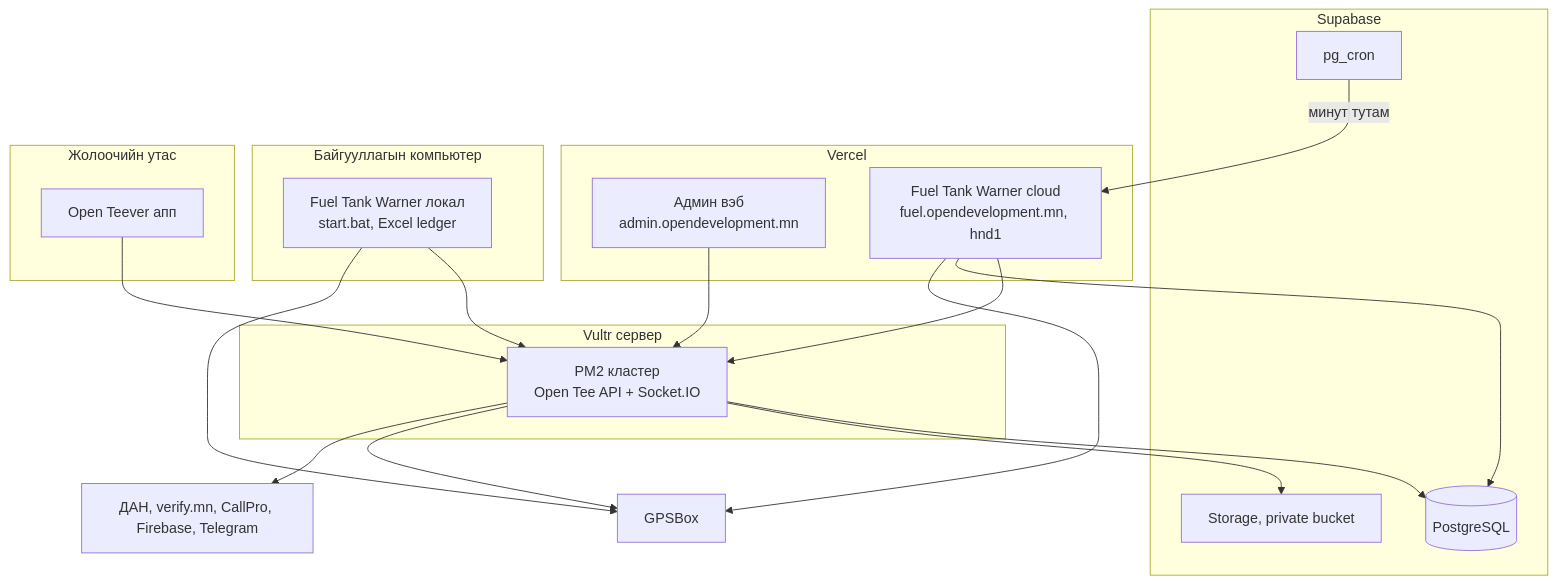
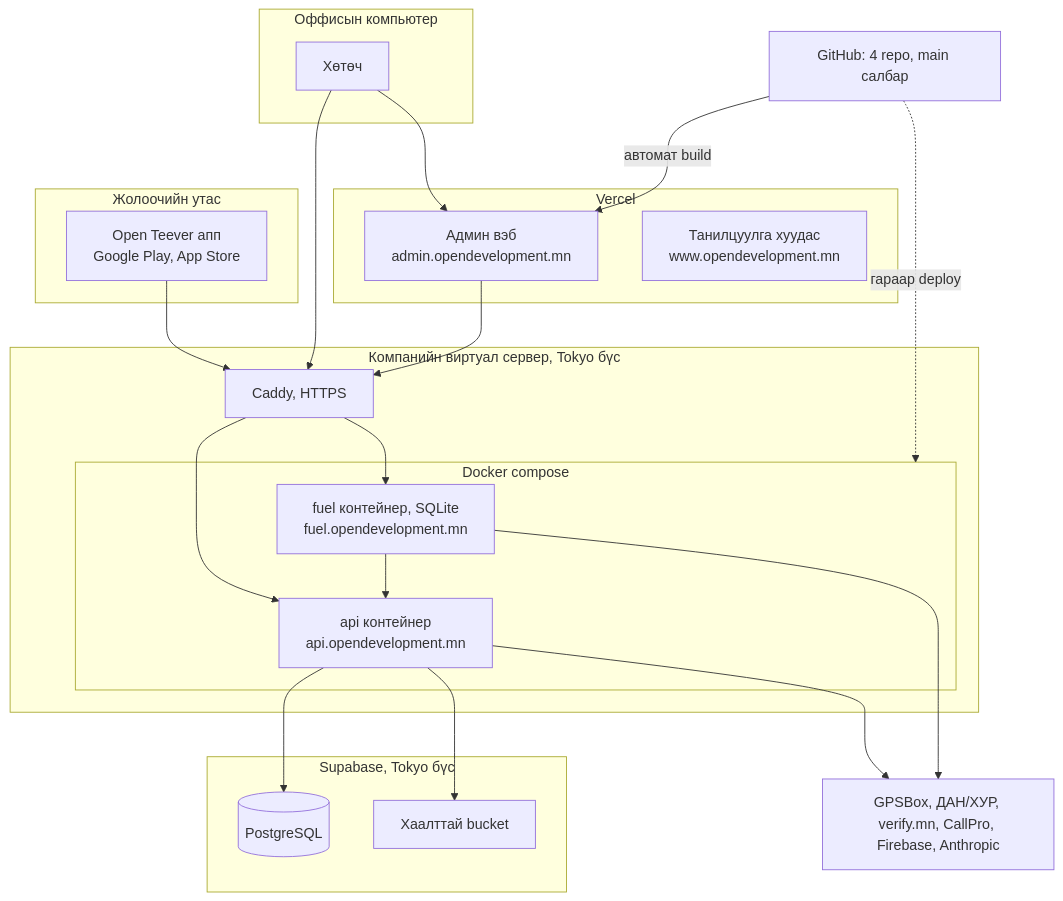
One commit to Asmodify/Open-Teever-Diploma changed the diagram in thesis/diagrams/deployment.mmd. Above: the diagram before and after it, drawn with Mermaid. The commit also changed 52 other files, not shown here.

```diff
--- a/thesis/diagrams/deployment.mmd
+++ b/thesis/diagrams/deployment.mmd
@@ -1,34 +1,38 @@
-%% D2 Deployment topology (chapter 3)
+%% D2 Deployment topology (chapter 3). From vault/02 System (API сервер ба өгөгдлийн сан, Системийн тойм).
 flowchart TB
-  subgraph vultr[Vultr сервер]
-    PM2[PM2 кластер<br/>Open Tee API + Socket.IO]
+  subgraph phones[Жолоочийн утас]
+    APP[Open Teever апп<br/>Google Play, App Store]
   end
-  subgraph supabase[Supabase]
-    PG[(PostgreSQL)]
-    ST[Storage, private bucket]
-    CRON[pg_cron]
+  subgraph office[Оффисын компьютер]
+    BR[Хөтөч]
   end
   subgraph vercel[Vercel]
     ADM[Админ вэб<br/>admin.opendevelopment.mn]
-    FTWC[Fuel Tank Warner cloud<br/>fuel.opendevelopment.mn, hnd1]
+    LAND[Танилцуулга хуудас<br/>www.opendevelopment.mn]
   end
-  subgraph office[Байгууллагын компьютер]
-    FTWL[Fuel Tank Warner локал<br/>start.bat, Excel ledger]
+  subgraph vps[Компанийн виртуал сервер, Tokyo бүс]
+    CADDY[Caddy, HTTPS]
+    subgraph compose[Docker compose]
+      API[api контейнер<br/>api.opendevelopment.mn]
+      FTW[fuel контейнер, SQLite<br/>fuel.opendevelopment.mn]
+    end
   end
-  subgraph phones[Жолоочийн утас]
-    APP[Open Teever апп]
+  subgraph supa[Supabase, Tokyo бүс]
+    PG[(PostgreSQL)]
+    ST[Хаалттай bucket]
   end
-  GPS[GPSBox]
-  EXT[ДАН, verify.mn, CallPro, Firebase, Telegram]
-  ADM --> PM2
-  APP --> PM2
-  FTWL --> PM2
-  FTWC --> PM2
-  PM2 --> PG
-  PM2 --> ST
-  CRON -- минут тутам --> FTWC
-  FTWC --> PG
-  PM2 --> GPS
-  FTWL --> GPS
-  FTWC --> GPS
-  PM2 --> EXT
+  EXT[GPSBox, ДАН/ХУР, verify.mn, CallPro, Firebase, Anthropic]
+  GH[GitHub: 4 repo, main салбар]
+  APP --> CADDY
+  BR --> ADM
+  BR --> CADDY
+  ADM --> CADDY
+  CADDY --> API
+  CADDY --> FTW
+  API --> PG
+  API --> ST
+  FTW --> API
+  API --> EXT
+  FTW --> EXT
+  GH -- автомат build --> ADM
+  GH -. гараар deploy .-> compose
```
